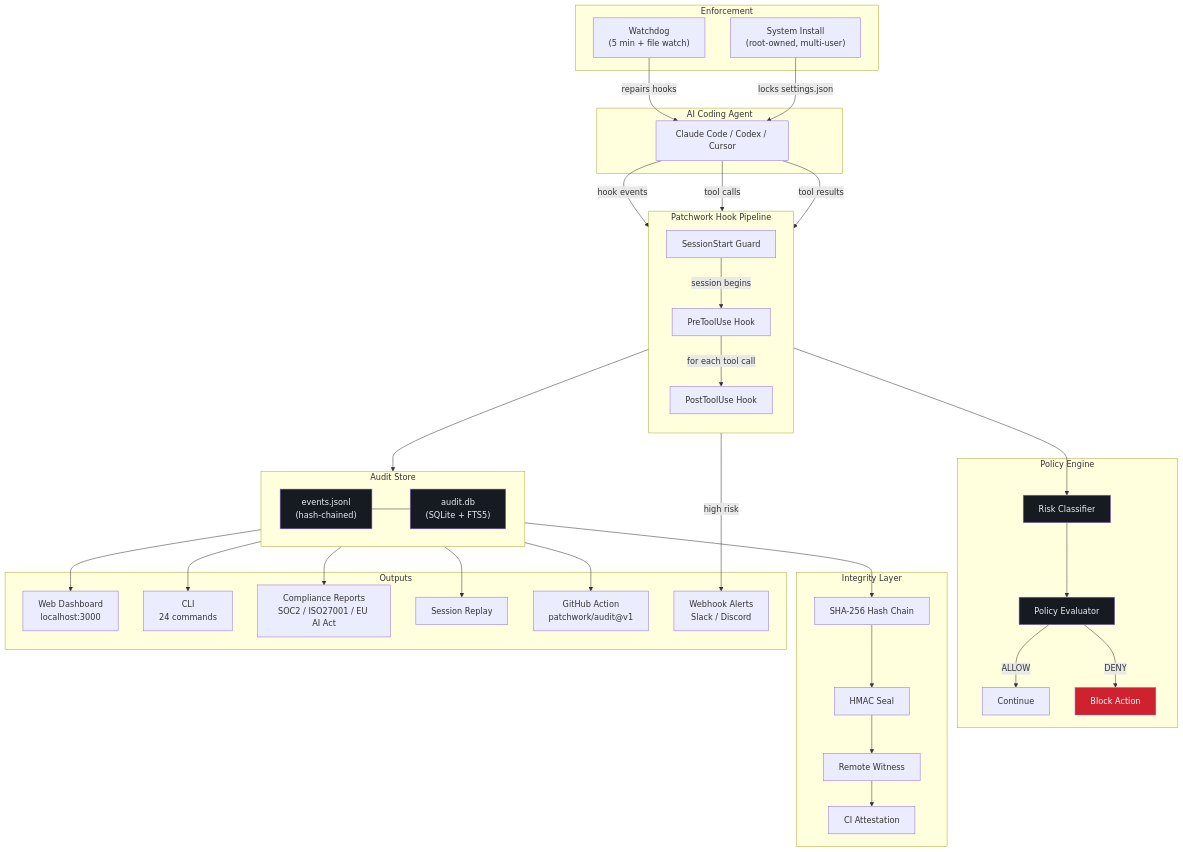
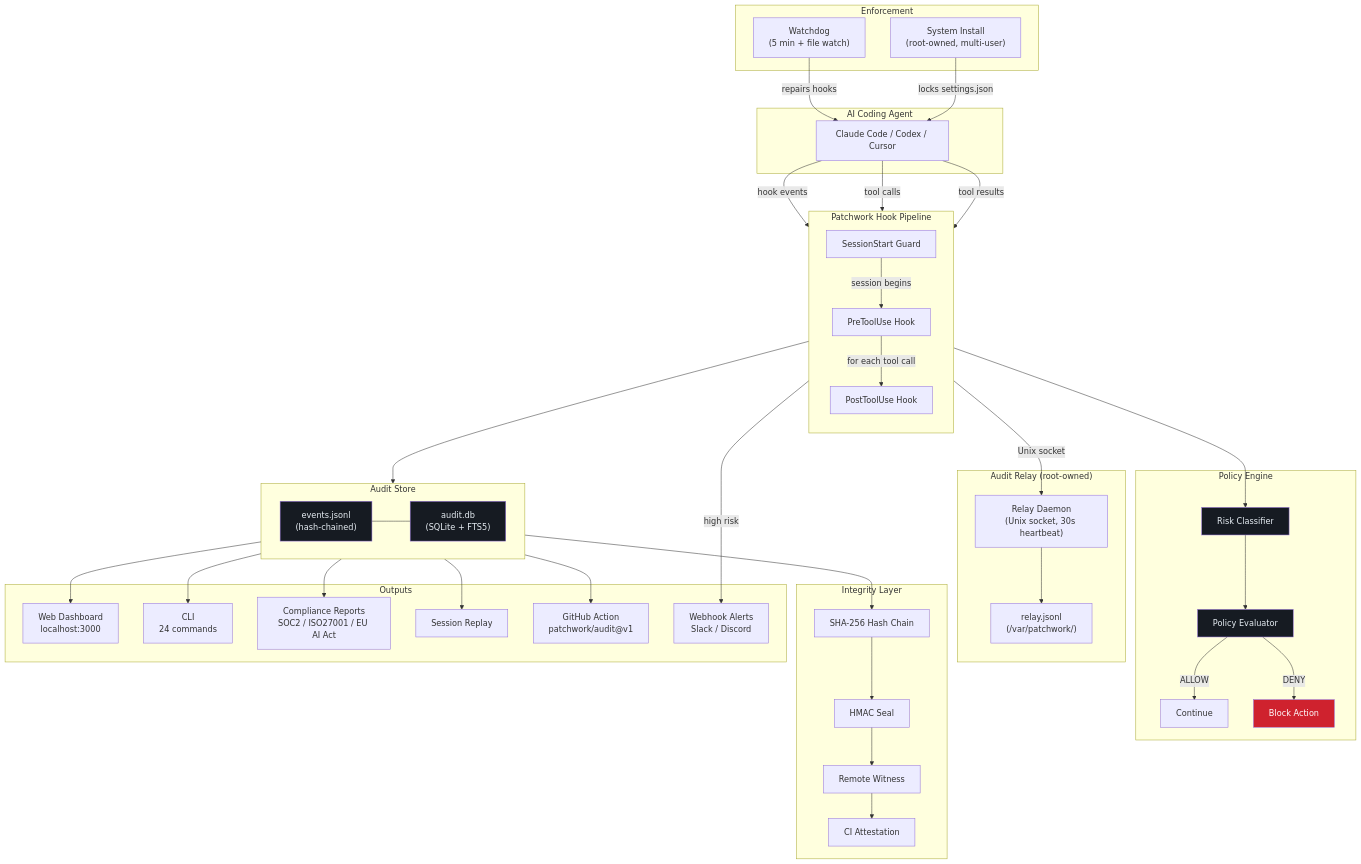
The diagram in README.md (JonoGitty/patchwork-audit), drawn with Mermaid before and after one commit. The commit also changed other lines of this file and 1 other file, not shown here.

First line of the commit message:
Update README and add deploy script for v0.5.0 relay

```diff
--- a/README.md
+++ b/README.md
@@ -356,6 +389,12 @@
         JSONL --- SQL
     end
 
+    subgraph "Audit Relay (root-owned)"
+        RD["Relay Daemon\n(Unix socket, 30s heartbeat)"]
+        RL["relay.jsonl\n(/var/patchwork/)"]
+        RD --> RL
+    end
+
     subgraph "Integrity Layer"
         HC[SHA-256 Hash Chain]
         SEAL[HMAC Seal]
@@ -378,6 +417,7 @@
 
     PT --> RC
     POST --> JSONL
+    POST -->|Unix socket| RD
 
     JSONL --> HC
     HC --> SEAL
```
